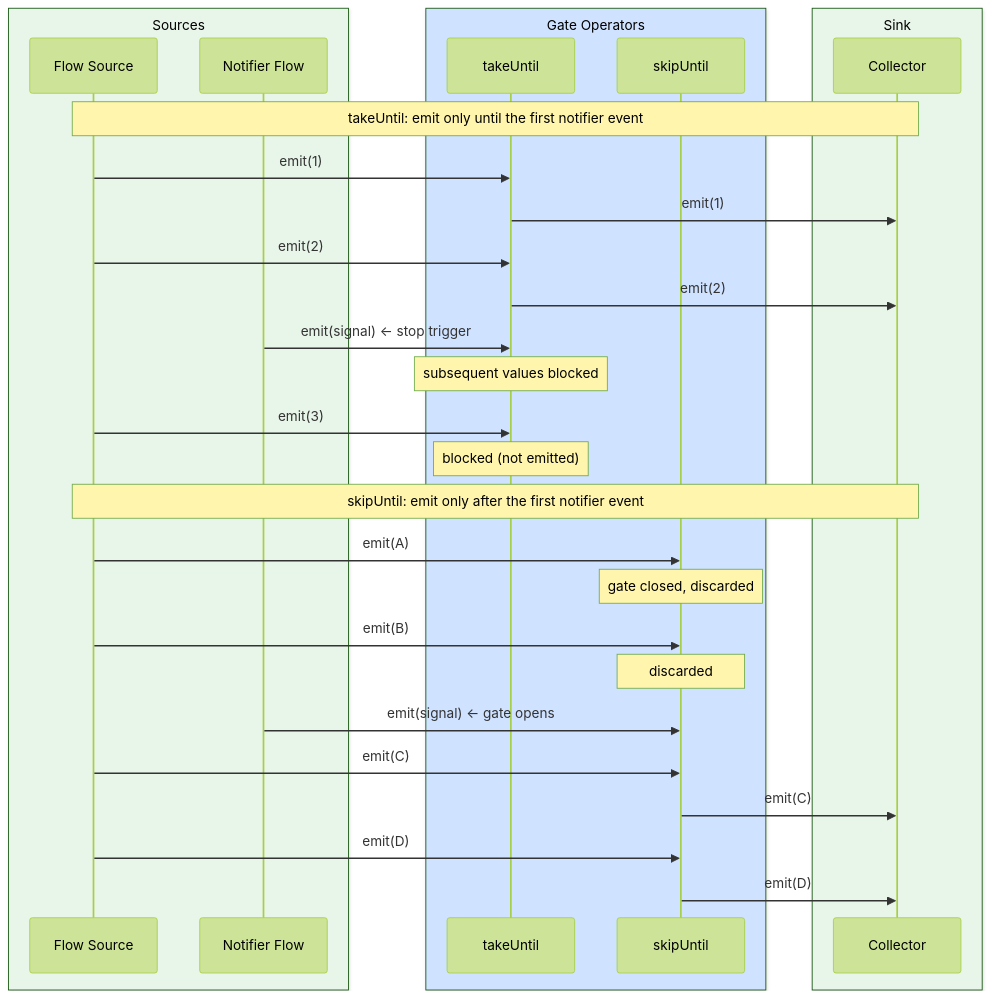
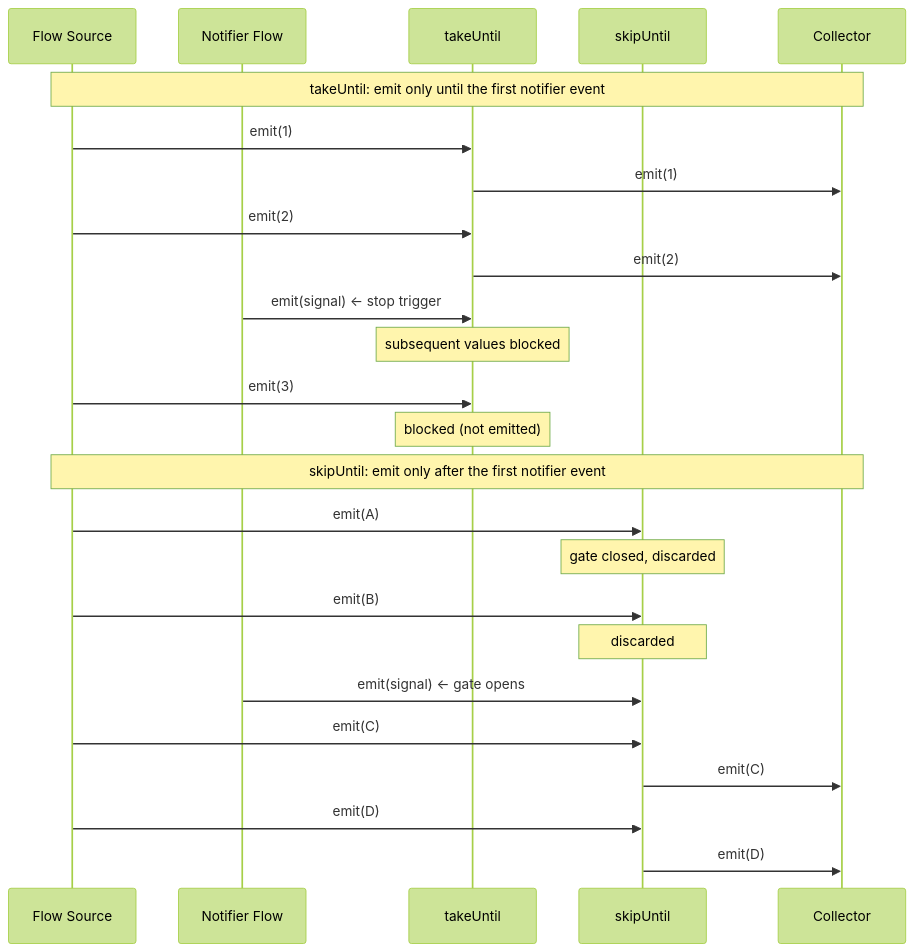
Diagram 12 of 16 in bluetape4k/coroutines/README.md (bluetape4k/bluetape4k-projects), drawn with Mermaid (forest theme) before and after one commit. The commit also changed other lines of this file and 219 other files, not shown here.

First line of the commit message:
docs: 전체 README Mermaid 다이어그램 가이드 적용

````diff
--- a/bluetape4k/coroutines/README.md
+++ b/bluetape4k/coroutines/README.md
@@ -596,33 +552,27 @@
 ```mermaid
 sequenceDiagram
-    box rgb(232, 245, 233) Sources
         participant S as Flow Source
         participant N as Notifier Flow
-    end
-    box rgb(207, 226, 255) Gate Operators
         participant TU as takeUntil
         participant SU as skipUntil
-    end
-    box rgb(232, 245, 233) Sink
         participant R as Collector
-    end
     Note over S, R: takeUntil: emit only until the first notifier event
     S ->> TU: emit(1)
     TU ->> R: emit(1)
     S ->> TU: emit(2)
     TU ->> R: emit(2)
     N ->> TU: emit(signal) ← stop trigger
     Note over TU: subsequent values blocked
     S ->> TU: emit(3)
     Note over TU: blocked (not emitted)
     Note over S, R: skipUntil: emit only after the first notifier event
     S ->> SU: emit(A)
     Note over SU: gate closed, discarded
     S ->> SU: emit(B)
     Note over SU: discarded
     N ->> SU: emit(signal) ← gate opens
     S ->> SU: emit(C)
     SU ->> R: emit(C)
     S ->> SU: emit(D)
     SU ->> R: emit(D)
 ```
````
